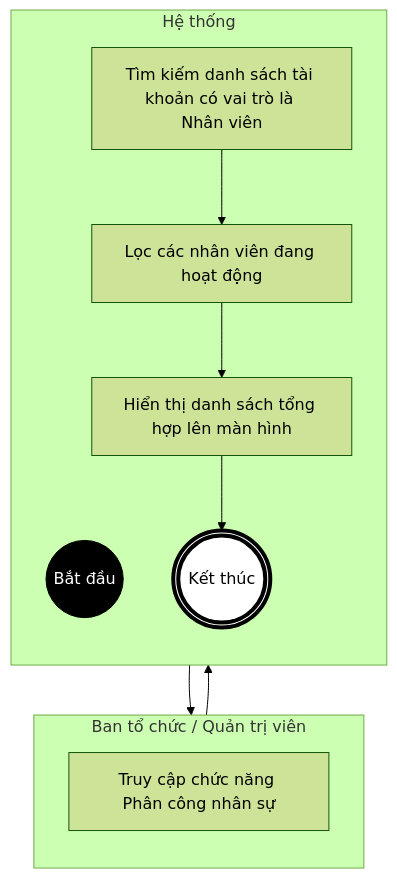
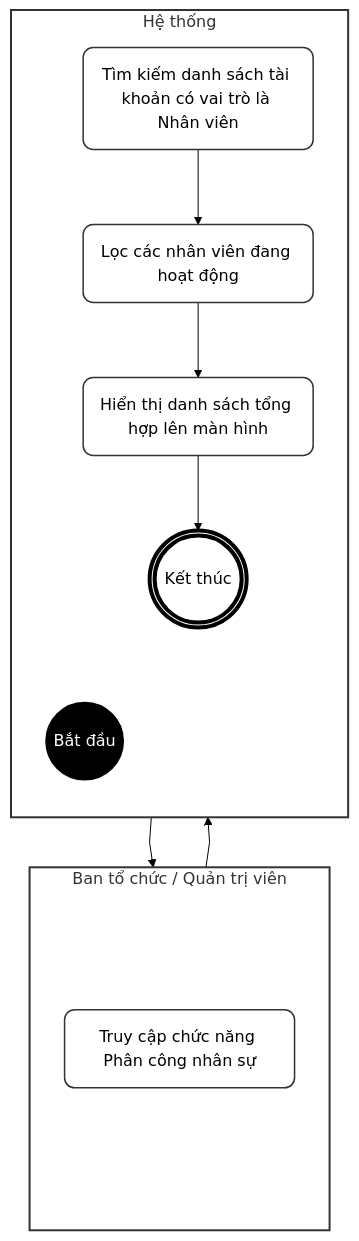
The first of 4 diagrams in doc/system_analysis/activity diagram/08c_activity_schedule_staff.md (ChuDucAnh21/BE-quan-ly-su-kien), drawn with Mermaid (forest theme) before and after one commit. The commit also changed other lines of this file and 26 other files, not shown here.

````diff
--- a/doc/system_analysis/activity diagram/08c_activity_schedule_staff.md
+++ b/doc/system_analysis/activity diagram/08c_activity_schedule_staff.md
@@ -196,25 +17,44 @@
 ```mermaid
+%%{init: {"flowchart": {"curve": "linear"}}}%%
 flowchart TD
+    classDef default fill:#fff,stroke:#333,stroke-width:1.5px,color:#000,rx:10px,ry:10px;
     classDef startNode fill:#000,stroke:#000,color:#fff;
     classDef endNode fill:#fff,stroke:#000,stroke-width:4px,color:#000;
+    classDef hidden fill:none,stroke:none,color:none;
 
     subgraph TacNhan [Ban tổ chức / Quản trị viên]
         direction TB
-        A[Truy cập chức năng Phân công nhân sự]
+        T_start(" "):::hidden
+        A(Truy cập chức năng Phân công nhân sự)
+        T_end(" "):::hidden
     end
 
     subgraph HeThong [Hệ thống]
         direction TB
+        H_start(" "):::hidden
         Start((Bắt đầu)):::startNode
-        B[Tìm kiếm danh sách tài khoản có vai trò là Nhân viên]
-        C[Lọc các nhân viên đang hoạt động]
-        D[Hiển thị danh sách tổng hợp lên màn hình]
+        B(Tìm kiếm danh sách tài khoản có vai trò là Nhân viên)
+        C(Lọc các nhân viên đang hoạt động)
+        D(Hiển thị danh sách tổng hợp lên màn hình)
         End(((Kết thúc))):::endNode
+        H_end(" "):::hidden
     end
+
+    T_start ~~~ H_start
+    T_end ~~~ H_end
+
+    T_start ~~~ A
+    A ~~~ T_end
+
+    H_start ~~~ Start
+    End ~~~ H_end
 
     Start --> A
     A --> B
     B --> C
     C --> D
     D --> End
+
+    style TacNhan fill:#fff,stroke:#333,stroke-width:2px
+    style HeThong fill:#fff,stroke:#333,stroke-width:2px
 ```
````
